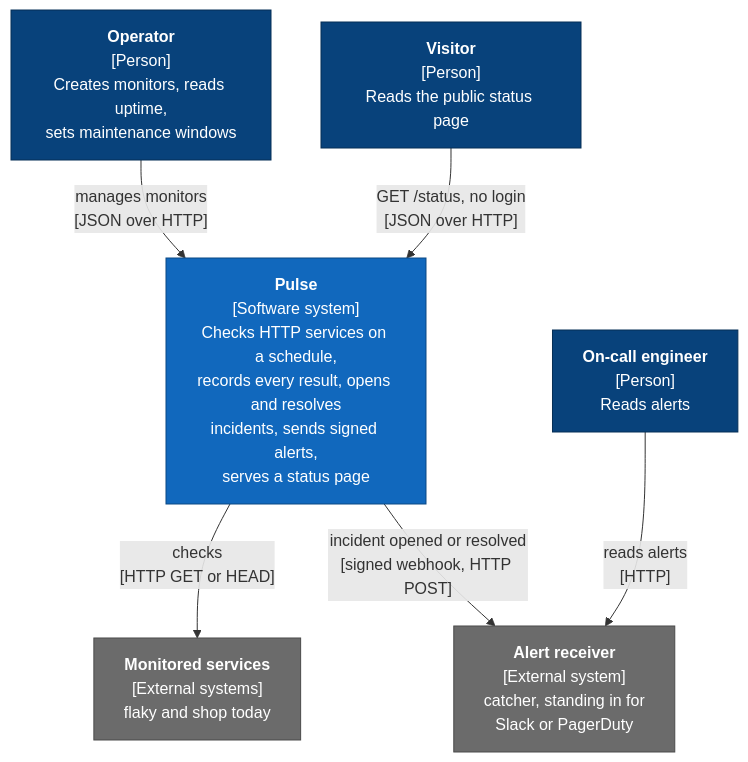
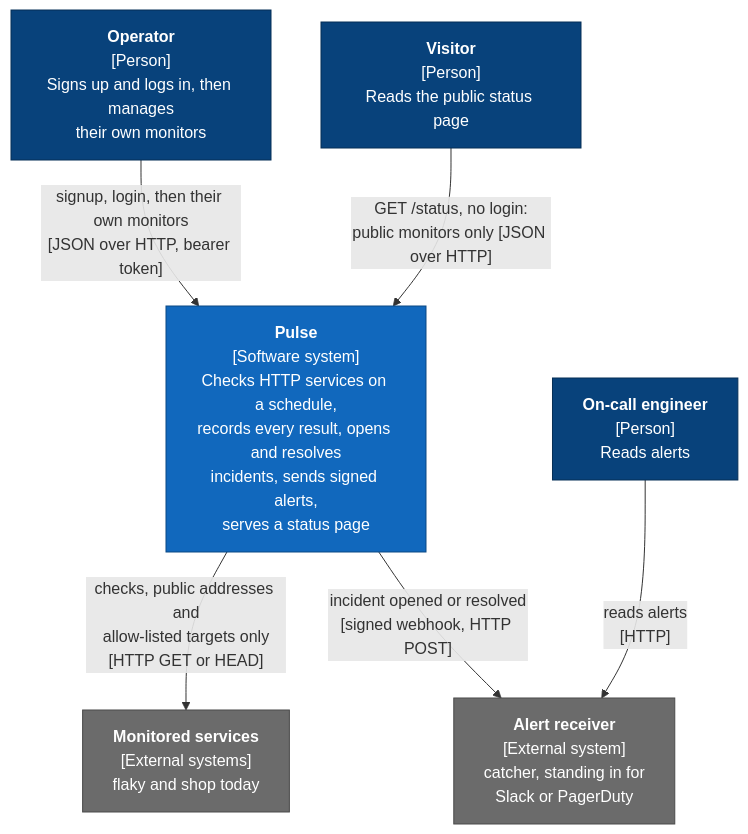
Before and after one commit to wbaghdadi20/pulse: the first of 12 diagrams in ARCHITECTURE.md, drawn with Mermaid. The commit also changed other lines of this file, not shown here.

Commit message:
docs: bring the C4 diagrams, data model and flows up to date for D8

````diff
--- a/ARCHITECTURE.md
+++ b/ARCHITECTURE.md
@@ -18,22 +18,22 @@
 ```mermaid
 flowchart TB
-    operator["<b>Operator</b><br/>[Person]<br/>Creates monitors, reads uptime,<br/>sets maintenance windows"]
+    operator["<b>Operator</b><br/>[Person]<br/>Signs up and logs in, then manages<br/>their own monitors"]
     oncall["<b>On-call engineer</b><br/>[Person]<br/>Reads alerts"]
     visitor["<b>Visitor</b><br/>[Person]<br/>Reads the public status page"]
     pulse["<b>Pulse</b><br/>[Software system]<br/>Checks HTTP services on a schedule,<br/>records every result, opens and resolves<br/>incidents, sends signed alerts,<br/>serves a status page"]
     targets["<b>Monitored services</b><br/>[External systems]<br/>flaky and shop today"]
     receiver["<b>Alert receiver</b><br/>[External system]<br/>catcher, standing in for<br/>Slack or PagerDuty"]
 
-    operator -- "manages monitors<br/>[JSON over HTTP]" --> pulse
-    visitor -- "GET /status, no login<br/>[JSON over HTTP]" --> pulse
-    pulse -- "checks<br/>[HTTP GET or HEAD]" --> targets
+    operator -- "signup, login, then their own monitors<br/>[JSON over HTTP, bearer token]" --> pulse
+    visitor -- "GET /status, no login:<br/>public monitors only [JSON over HTTP]" --> pulse
+    pulse -- "checks, public addresses and<br/>allow-listed targets only<br/>[HTTP GET or HEAD]" --> targets
     pulse -- "incident opened or resolved<br/>[signed webhook, HTTP POST]" --> receiver
     oncall -- "reads alerts<br/>[HTTP]" --> receiver
 
     classDef person fill:#08427b,stroke:#052e56,color:#ffffff
     classDef system fill:#1168bd,stroke:#0b4884,color:#ffffff
     classDef external fill:#6b6b6b,stroke:#4a4a4a,color:#ffffff
     class operator,oncall,visitor person
     class pulse system
     class targets,receiver external
 ```
````
